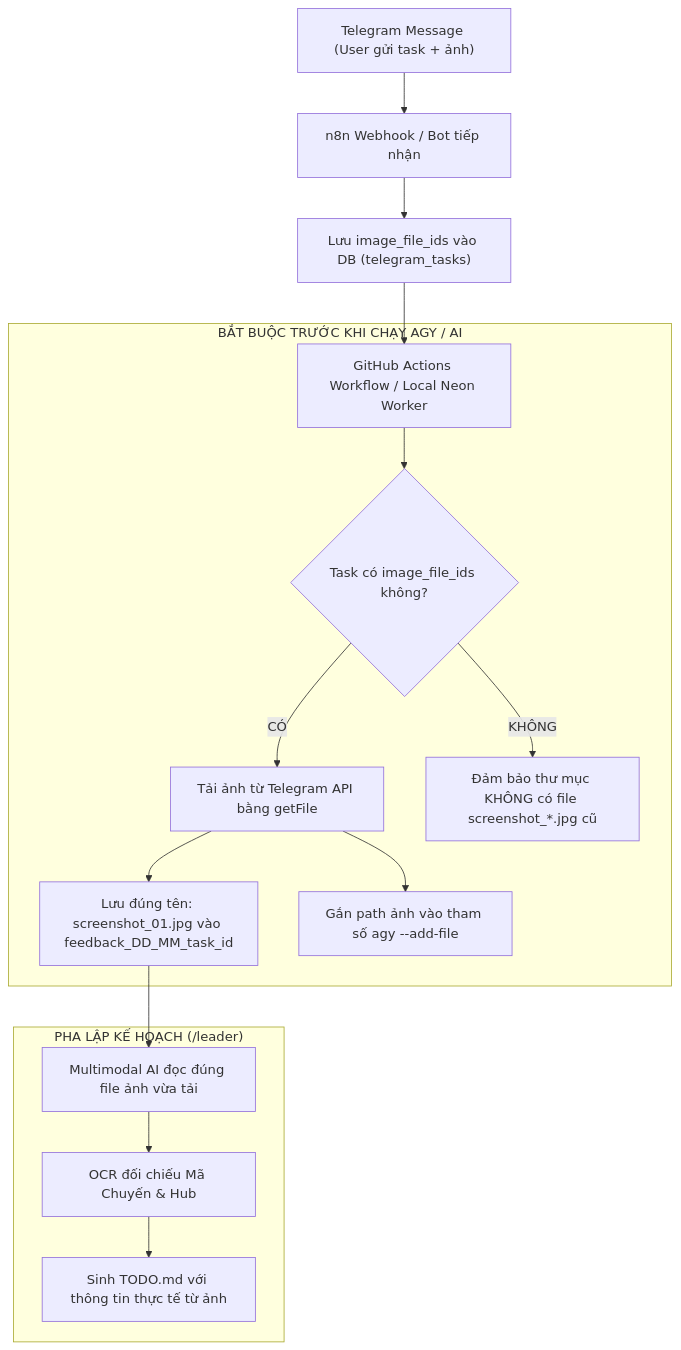
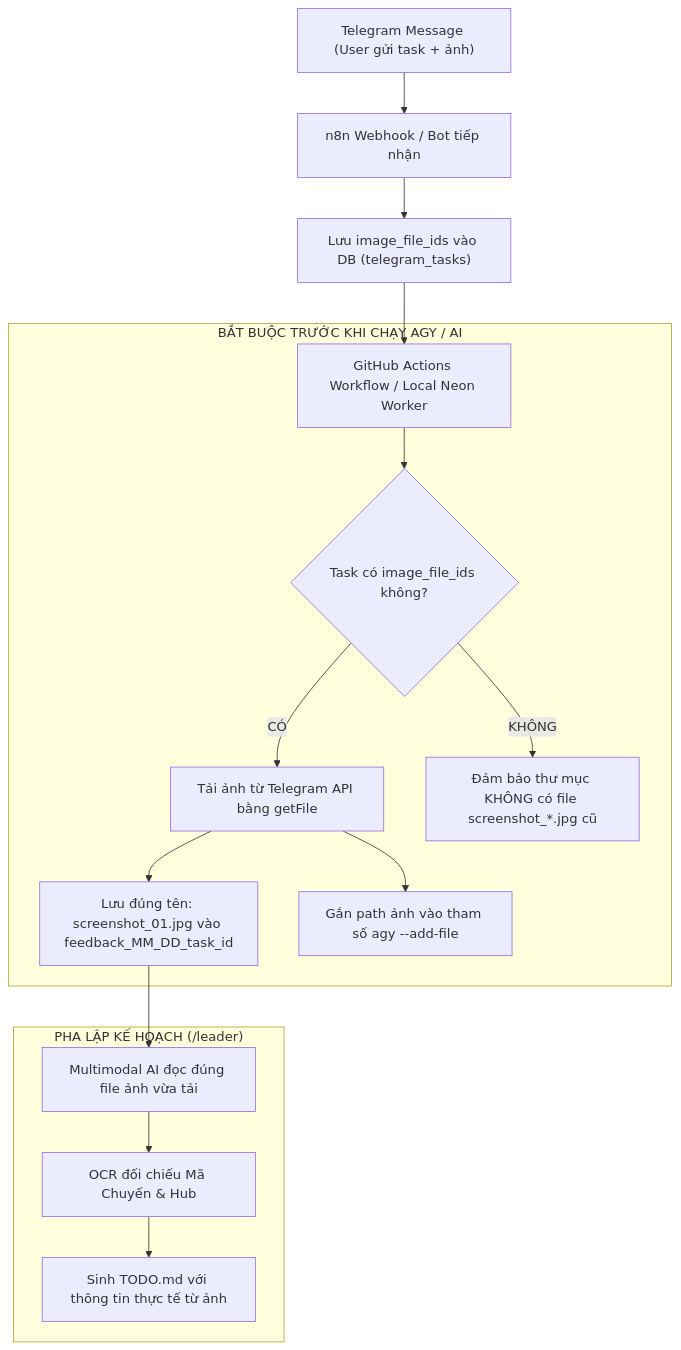
The diagram in .agents/rules/image-provenance-guard.md (lyquangthai1993/logistics-website), drawn with Mermaid before and after one commit. The commit also changed other lines of this file and 82 other files, not shown here.

````diff
--- a/.agents/rules/image-provenance-guard.md
+++ b/.agents/rules/image-provenance-guard.md
@@ -47,20 +53,20 @@
 ```mermaid
 flowchart TD
     A["Telegram Message (User gửi task + ảnh)"] --> B["n8n Webhook / Bot tiếp nhận"]
     B --> C["Lưu image_file_ids vào DB (telegram_tasks)"]
     C --> D["GitHub Actions Workflow / Local Neon Worker"]
     
     subgraph S1 ["BẮT BUỘC TRƯỚC KHI CHẠY AGY / AI"]
         D --> E{"Task có image_file_ids không?"}
         E -- "CÓ" --> F["Tải ảnh từ Telegram API bằng getFile"]
-        F --> G["Lưu đúng tên: screenshot_01.jpg vào feedback_DD_MM_task_id"]
+        F --> G["Lưu đúng tên: screenshot_01.jpg vào feedback_MM_DD_task_id"]
         F --> H["Gắn path ảnh vào tham số agy --add-file"]
         E -- "KHÔNG" --> I["Đảm bảo thư mục KHÔNG có file screenshot_*.jpg cũ"]
     end
     
     subgraph S2 ["PHA LẬP KẾ HOẠCH (/leader)"]
         G --> J["Multimodal AI đọc đúng file ảnh vừa tải"]
         J --> K["OCR đối chiếu Mã Chuyến & Hub"]
         K --> L["Sinh TODO.md với thông tin thực tế từ ảnh"]
     end
 ```
````
